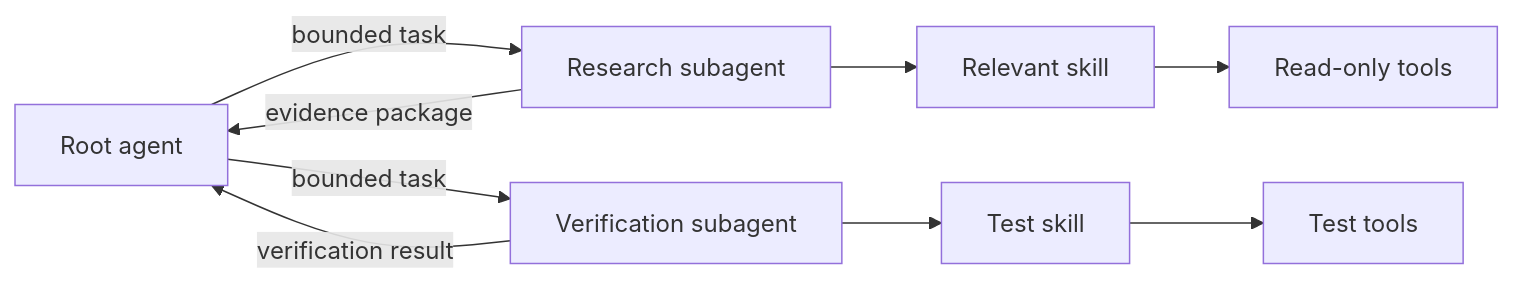
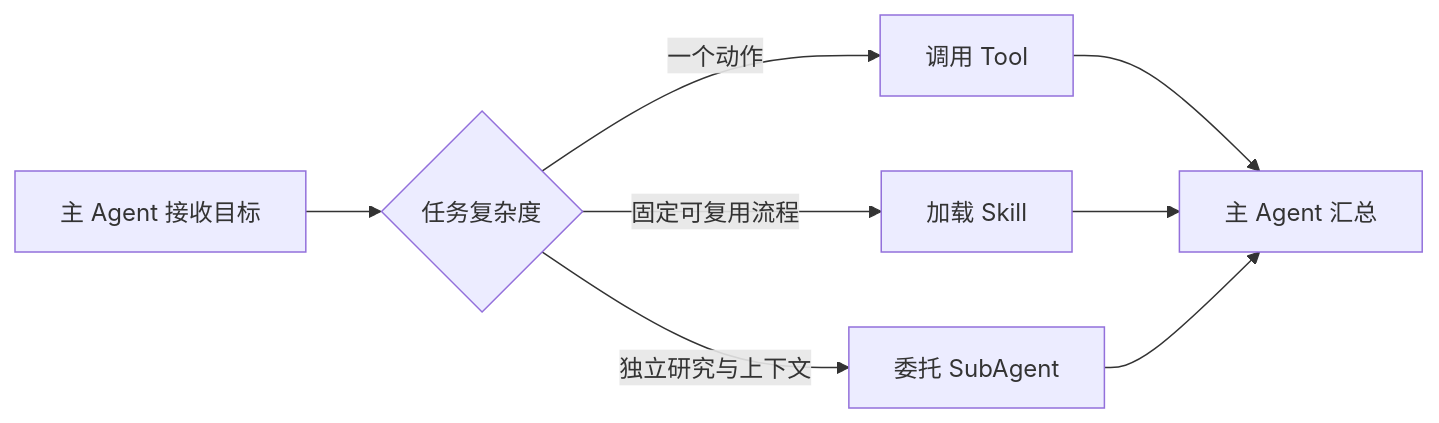
One commit to upJiang/jiang-blog-vitepress changed the diagram in docs/ai-agent/skills-subagents.md. Above: the diagram before and after it, drawn with Mermaid. The commit also changed other lines of this file and 164 other files, not shown here.

````diff
--- a/docs/ai-agent/skills-subagents.md
+++ b/docs/ai-agent/skills-subagents.md
@@ -28,11 +27,10 @@
 ```mermaid
 flowchart LR
-  R[Root agent] -->|bounded task| S1[Research subagent]
-  R -->|bounded task| S2[Verification subagent]
-  S1 --> K[Relevant skill]
-  S2 --> K2[Test skill]
-  K --> T1[Read-only tools]
-  K2 --> T2[Test tools]
-  S1 -->|evidence package| R
-  S2 -->|verification result| R
+  A[主 Agent 接收目标] --> B{任务复杂度}
+  B -->|一个动作| C[调用 Tool]
+  B -->|固定可复用流程| D[加载 Skill]
+  B -->|独立研究与上下文| E[委托 SubAgent]
+  C --> F[主 Agent 汇总]
+  D --> F
+  E --> F
 ```
````
